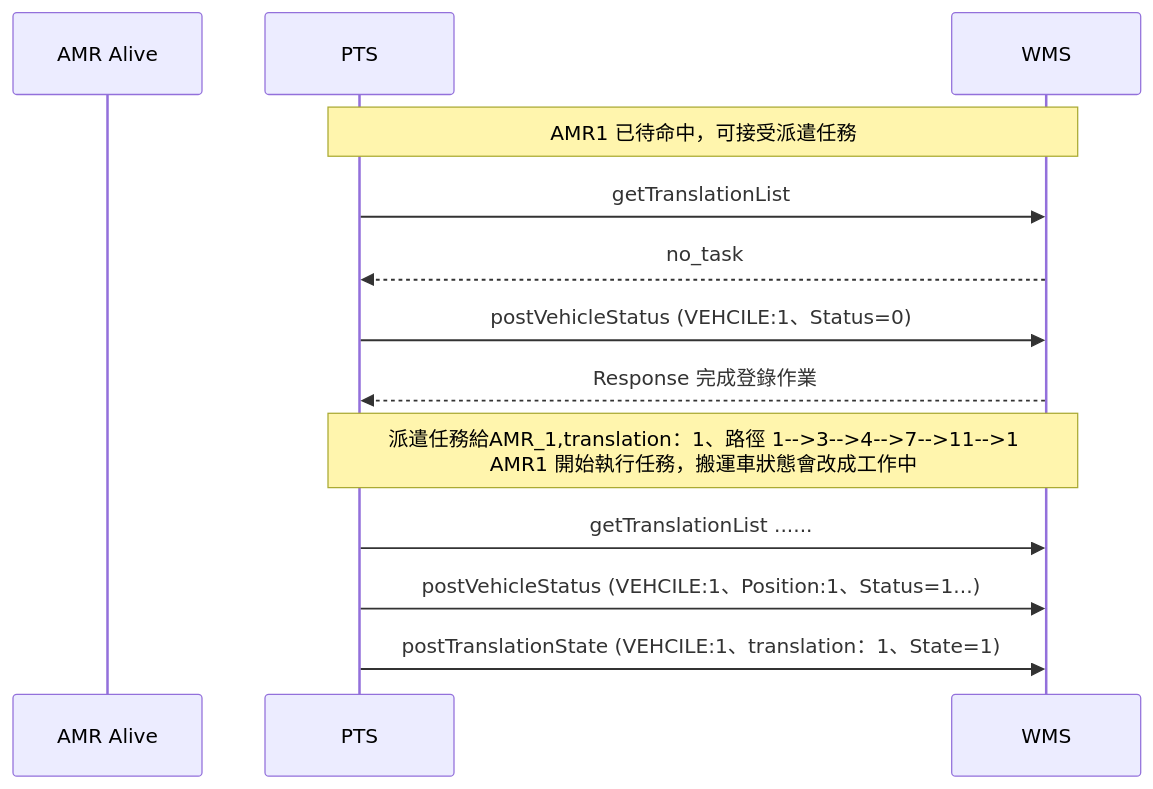
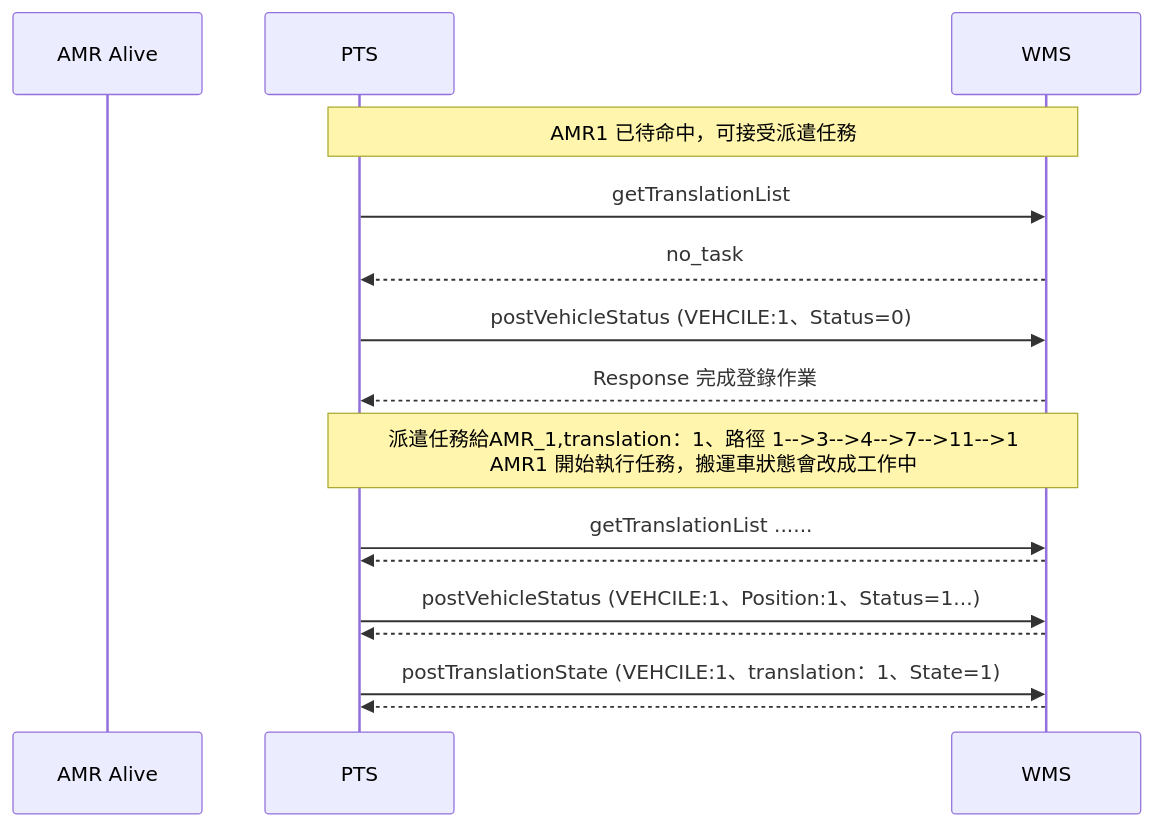
Before and after one commit to athena-tircgo/amr-wms-lsj: the sixth of 6 diagrams in README.md, drawn with Mermaid.

````diff
--- a/README.md
+++ b/README.md
@@ -340,18 +340,21 @@
 ```mermaid
 sequenceDiagram
     participant AMR Alive
     participant PTS
     participant WMS
 
 note over PTS,WMS: AMR1 已待命中，可接受派遣任務
         PTS->>WMS: getTranslationList
         WMS-->>PTS: no_task
         PTS->>WMS: postVehicleStatus (VEHCILE:1、Status=0)
         WMS-->>PTS: Response 完成登錄作業
         
 note over PTS,WMS: 派遣任務給AMR_1,translation：1、路徑 1-->3-->4-->7-->11-->1<br>AMR1 開始執行任務，搬運車狀態會改成工作中
-     PTS->>WMS: getTranslationList ...... 
+     PTS->>WMS: getTranslationList ......
+     WMS-->>PTS:
      PTS->>WMS: postVehicleStatus (VEHCILE:1、Position:1、Status=1...)
+     WMS-->>PTS:
      PTS->>WMS: postTranslationState (VEHCILE:1、translation：1、State=1)
+     WMS-->>PTS:
 
 ```
````
